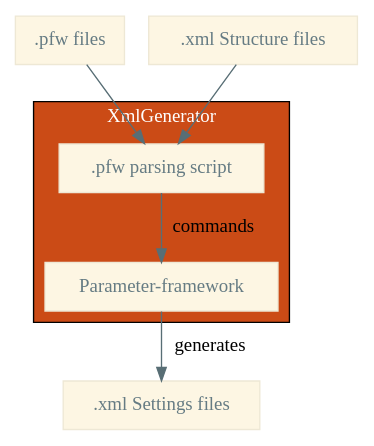
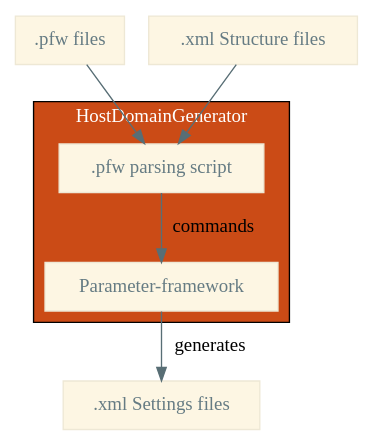
The diagram in report/src/img/build-generation/build-generation.dot (Makohoek/internship-report), drawn with Graphviz before and after one commit. The commit also changed 5 other files, not shown here.

```diff
--- a/report/src/img/build-generation/build-generation.dot
+++ b/report/src/img/build-generation/build-generation.dot
@@ -1,53 +1,53 @@
 /**
  * build-generation diagram with solarized light colorscheme
  * Example found on http://fsteeg.com/2006/11/17/uml-class-diagrams-with-graphviz/
  *
  * Colors added by Mattijs Korpershoek
  * <mattijs.korpershoek@gmail.com>
  */
 
 /*
  * Solarized colorscheme:
  * $base03:    #002b36;
  * $base02:    #073642;
  * $base01:    #586e75;
  * $base00:    #657b83;
  * $base0:     #839496;
  * $base1:     #93a1a1;
  * $base2:     #eee8d5;
  * $base3:     #fdf6e3;
  * $yellow:    #b58900;
  * $orange:    #cb4b16;
  * $red:       #dc322f;
  * $magenta:   #d33682;
  * $violet:    #6c71c4;
  * $blue:      #268bd2;
  * $cyan:      #2aa198;
  * $green:     #859900;
  * */
 digraph hierarchy
 {
   size="15,15"
     node[shape=record,style=filled,fillcolor="#fdf6e3", fontcolor="#657b83", color="#eee8d5"]
     edge[dir=forward, arrowtail=open, color="#586e75"]
 
 
     pfwFiles [label=".pfw files"];
   structure[label=".xml Structure files"];
 
   subgraph clusterVHal{
-    label="XmlGenerator";
+    label="HostDomainGenerator";
     parsingScript[label=".pfw parsing script"];
     parsingScript -> pfw [label="commands"];
     pfw[label="Parameter-framework"];
     bgcolor="#cb4b16";
     fontcolor="#ffffff";
 
   }
   generatedSettings[label=".xml Settings files"];
 
   pfwFiles -> parsingScript;
   structure -> parsingScript;
 
   pfw -> generatedSettings [label="generates"];
 }
```
